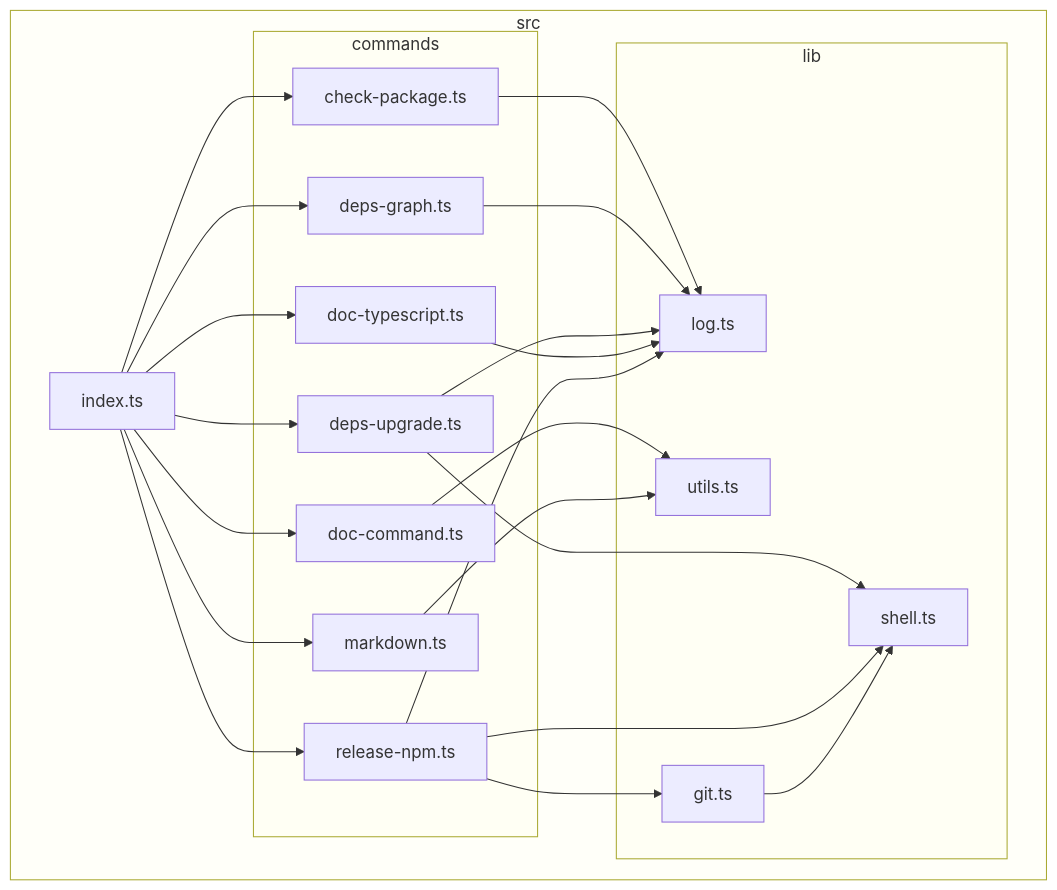
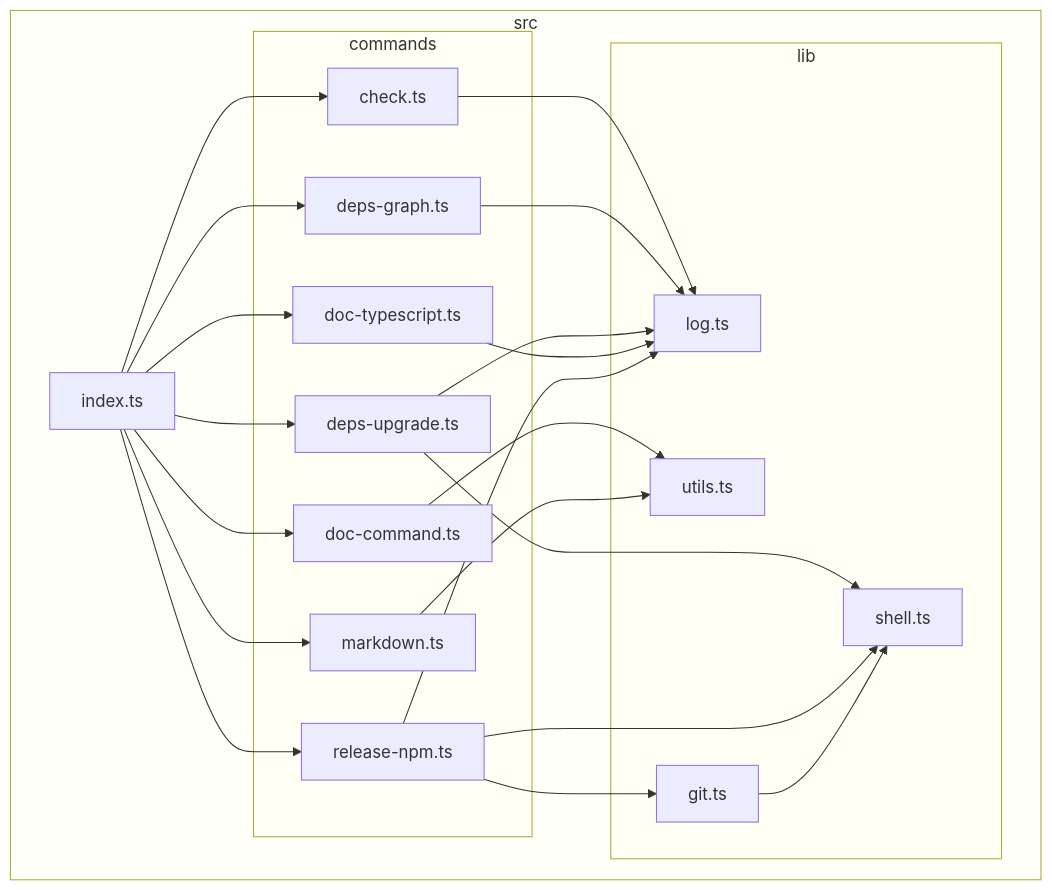
Before and after one commit to versatiles-org/node-release-tool: the diagram in README.md, drawn with Mermaid. The commit also changed other lines of this file and 3 other files, not shown here.

````diff
--- a/README.md
+++ b/README.md
@@ -194,44 +194,44 @@
 ```mermaid
 flowchart TB
 
 subgraph 0["src"]
 subgraph 1["commands"]
-2["check-package.ts"]
+2["check.ts"]
 5["deps-graph.ts"]
 6["deps-upgrade.ts"]
 8["doc-command.ts"]
 A["doc-typescript.ts"]
 B["markdown.ts"]
 C["release-npm.ts"]
 end
 subgraph 3["lib"]
 4["log.ts"]
 7["shell.ts"]
 9["utils.ts"]
 D["git.ts"]
 end
 E["index.ts"]
 end
 2-->4
 5-->4
 6-->4
 6-->7
 8-->9
 A-->4
 B-->9
 C-->D
 C-->4
 C-->7
 D-->7
 E-->2
 E-->5
 E-->6
 E-->8
 E-->A
 E-->B
 E-->C
 
 style 0 fill-opacity:0.2
 style 1 fill-opacity:0.2
 style 3 fill-opacity:0.2
 ```
````
